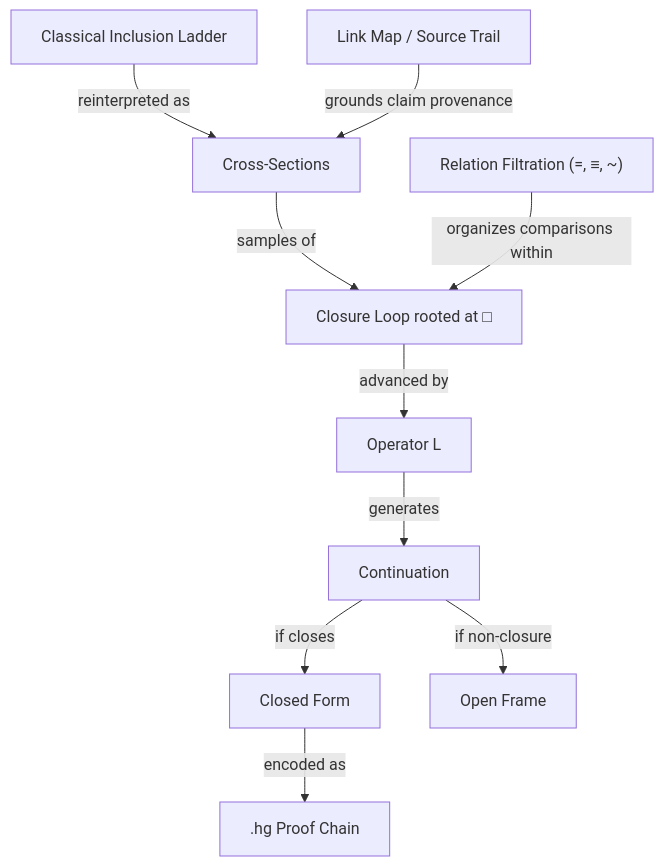
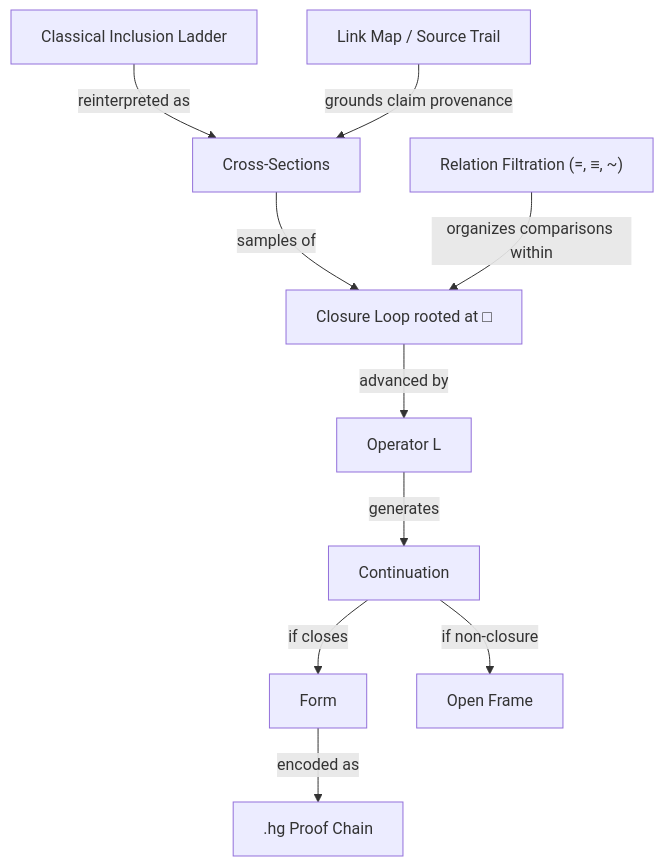
Before and after one commit to TimeLordRaps/hypergrammar: the diagram in docs/prerequisites/visualizations/03_hyper_inversion/03_hyper_inversion_frame.mmd, drawn with Mermaid. The commit also changed 38 other files, not shown here.

First line of the commit message:
formalize Time Tense: form/continuing/open/recurring; eliminate 'closed form' redundancy

```diff
--- a/docs/prerequisites/visualizations/03_hyper_inversion/03_hyper_inversion_frame.mmd
+++ b/docs/prerequisites/visualizations/03_hyper_inversion/03_hyper_inversion_frame.mmd
@@ -1,20 +1,20 @@
 flowchart TD
   LAD["Classical Inclusion Ladder"]
   SEC["Cross-Sections"]
   LOOP["Closure Loop rooted at □"]
   L["Operator L"]
   CONT["Continuation"]
-  CLOSE["Closed Form"]
+  CLOSE["Form"]
   OPEN["Open Frame"]
   REL["Relation Filtration (=, ≡, ~)"]
   HG[".hg Proof Chain"]
   TRAIL["Link Map / Source Trail"]
   LAD -- "reinterpreted as" --> SEC
   SEC -- "samples of" --> LOOP
   LOOP -- "advanced by" --> L
   L -- "generates" --> CONT
   CONT -- "if closes" --> CLOSE
   CONT -- "if non-closure" --> OPEN
   REL -- "organizes comparisons within" --> LOOP
   CLOSE -- "encoded as" --> HG
   TRAIL -- "grounds claim provenance" --> SEC
```
